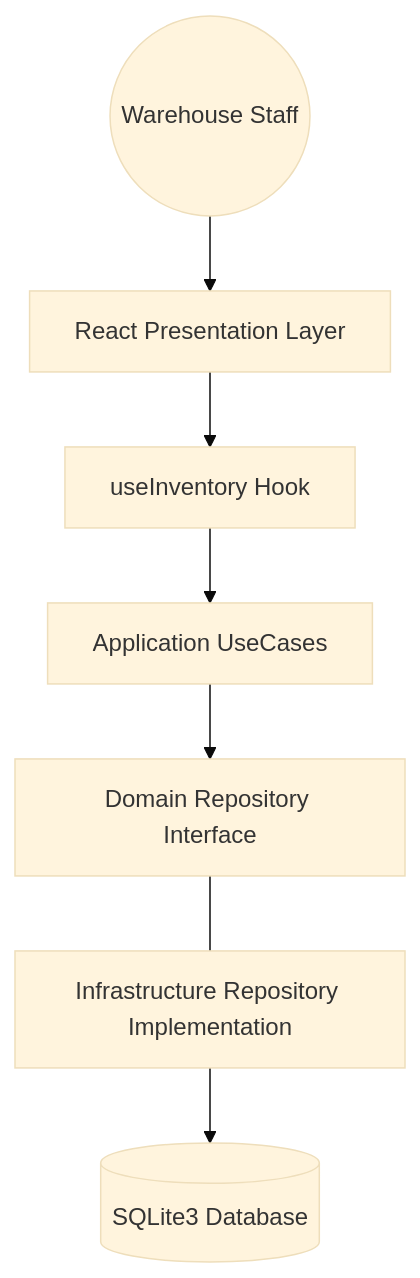
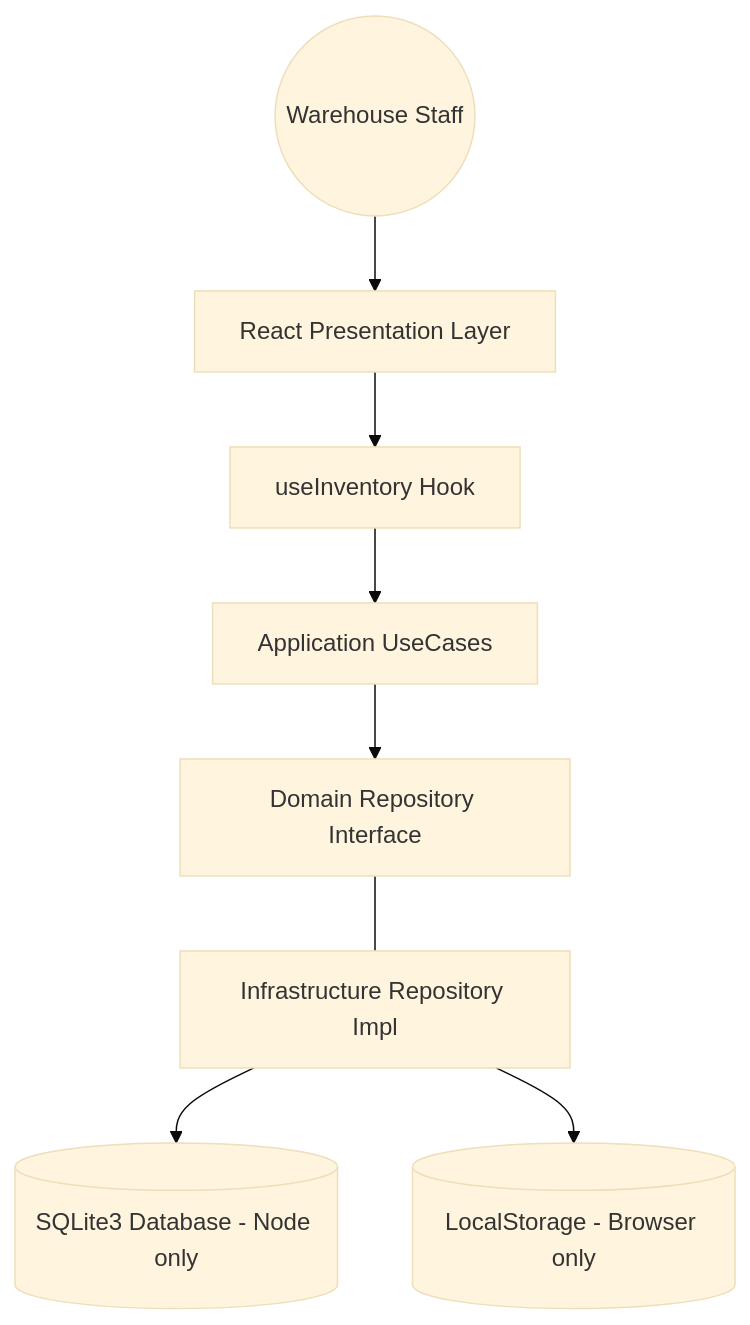
The first of 3 diagrams in SRS.md (bc3-kg/smart-inventory), drawn with Mermaid (base theme) before and after one commit. The commit also changed other lines of this file and 29 other files, not shown here.

Commit message:
feat: implement zaico cloud sync and fix browser compatibility with hybrid repository strategy

````diff
--- a/SRS.md
+++ b/SRS.md
@@ -18,17 +18,19 @@
 ```mermaid
 graph TD
     User((Warehouse Staff))
     UI[React Presentation Layer]
     Hook[useInventory Hook]
     UC[Application UseCases]
     Repo[Domain Repository Interface]
-    Impl[Infrastructure Repository Implementation]
-    DB[(SQLite3 Database)]
+    Impl[Infrastructure Repository Impl]
+    DB_SQL[(SQLite3 Database - Node only)]
+    DB_LS[(LocalStorage - Browser only)]
 
     User --> UI
     UI --> Hook
     Hook --> UC
     UC --> Repo
     Repo --- Impl
-    Impl --> DB
+    Impl --> DB_SQL
+    Impl --> DB_LS
 ```
````
